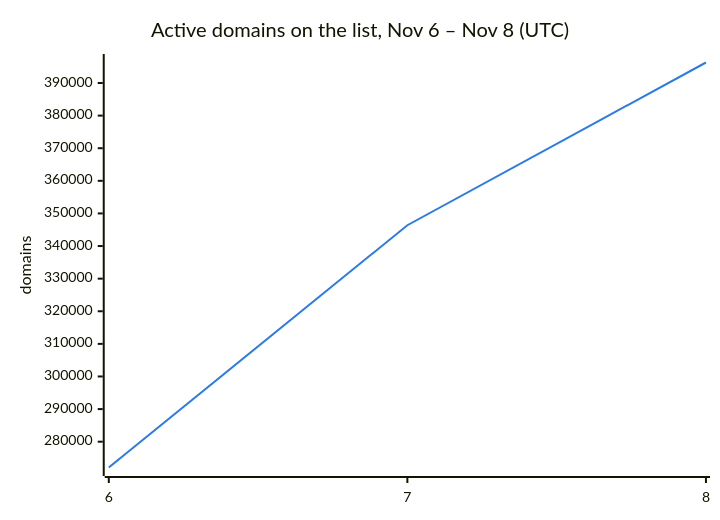
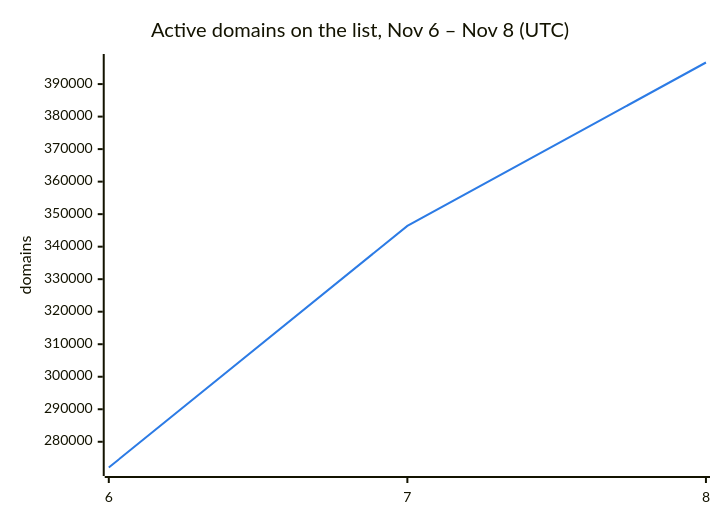
The second of 3 diagrams in README.md (DNSBunker/CTI), drawn with Mermaid before and after one commit. The commit also changed other lines of this file and 3 other files, not shown here.

````diff
--- a/README.md
+++ b/README.md
@@ -38,8 +38,8 @@
 ```mermaid
 %%{init: {"themeVariables": {"xyChart": {"plotColorPalette": "#2c7be5"}}}}%%
 xychart-beta
     title "Active domains on the list, Nov 6 – Nov 8 (UTC)"
     x-axis ["6", "7", "8"]
     y-axis "domains"
-    line [272088, 346388, 396286]
+    line [272088, 346388, 396638]
 ```
````
